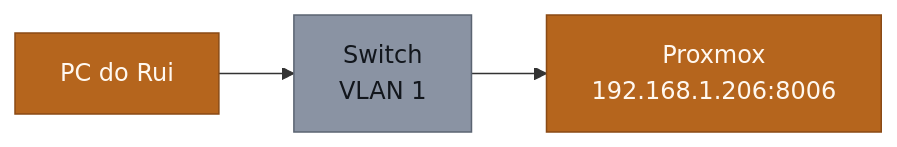
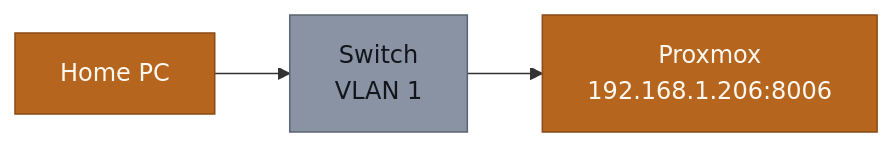
One commit to RuiGRMargarido/homelab changed the fifth of 5 diagrams in docs/NETWORK.md. Above: the diagram before and after it, drawn with Mermaid. The commit also changed other lines of this file and 1 other file, not shown here.

First line of the commit message:
Traduz NETWORK.md e o diagrama de topologia fisica

````diff
--- a/docs/NETWORK.md
+++ b/docs/NETWORK.md
@@ -336,11 +337,11 @@
 ```mermaid
 flowchart LR
-    PC["PC do Rui"]:::flat
+    PC["Home PC"]:::flat
     SW["Switch<br/>VLAN 1"]:::neut
     PVE["Proxmox<br/>192.168.1.206:8006"]:::flat
 
     PC --> SW --> PVE
 
     classDef neut fill:#8A93A3,stroke:#5B6472,color:#12161C
     classDef flat fill:#B5651D,stroke:#8A4A15,color:#FFF8F0
 ```
````
